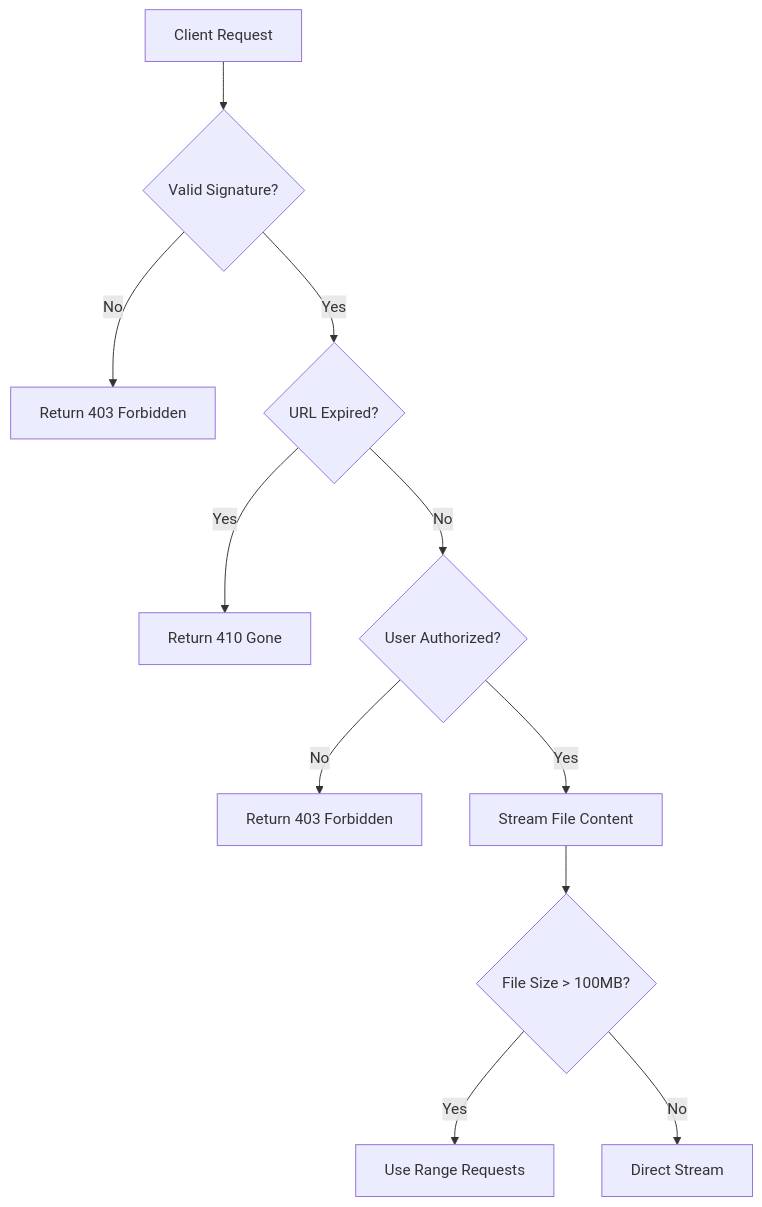
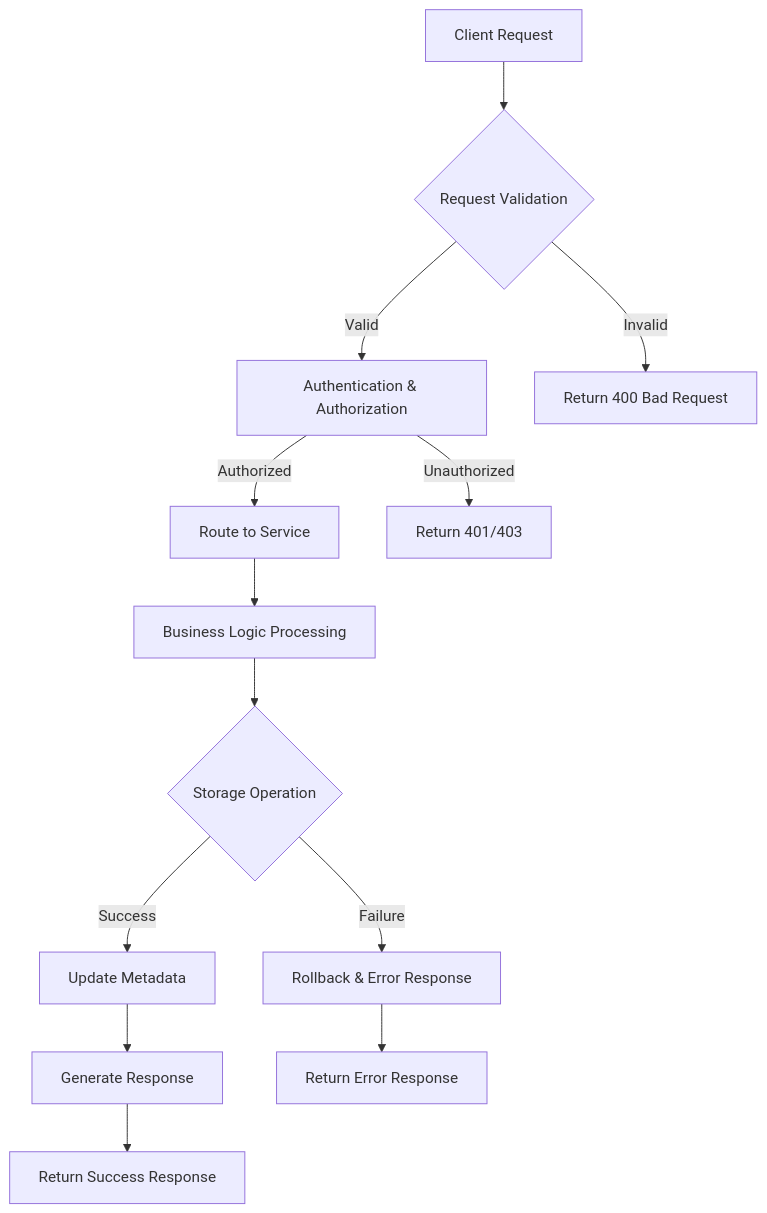
One commit to shayne007/blog changed the fifth of 8 diagrams in source/_posts/Design-File-Storage-Service.md. Above: the diagram before and after it, drawn with Mermaid. The commit also changed other lines of this file and 1 other file, not shown here.

````diff
--- a/source/_posts/Design-File-Storage-Service.md
+++ b/source/_posts/Design-File-Storage-Service.md
@@ -230,13 +370,20 @@
-{% mermaid flowchart %}
-    A[Client Request] --> B{Valid Signature?}
-    B -->|No| C[Return 403 Forbidden]
-    B -->|Yes| D{URL Expired?}
-    D -->|Yes| E[Return 410 Gone]
-    D -->|No| F{User Authorized?}
-    F -->|No| G[Return 403 Forbidden]
-    F -->|Yes| H[Stream File Content]
+```mermaid
+flowchart TD
+    A[Client Request] --> B{Request Validation}
+    B -->|Valid| C[Authentication & Authorization]
+    B -->|Invalid| D[Return 400 Bad Request]
     
-    H --> I{File Size > 100MB?}
-    I -->|Yes| J[Use Range Requests]
-    I -->|No| K[Direct Stream]
-{% endmermaid %}
+    C -->|Authorized| E[Route to Service]
+    C -->|Unauthorized| F[Return 401/403]
+    
+    E --> G[Business Logic Processing]
+    G --> H{Storage Operation}
+    
+    H -->|Success| I[Update Metadata]
+    H -->|Failure| J[Rollback & Error Response]
+    
+    I --> K[Generate Response]
+    K --> L[Return Success Response]
+    
+    J --> M[Return Error Response]
+```
````
